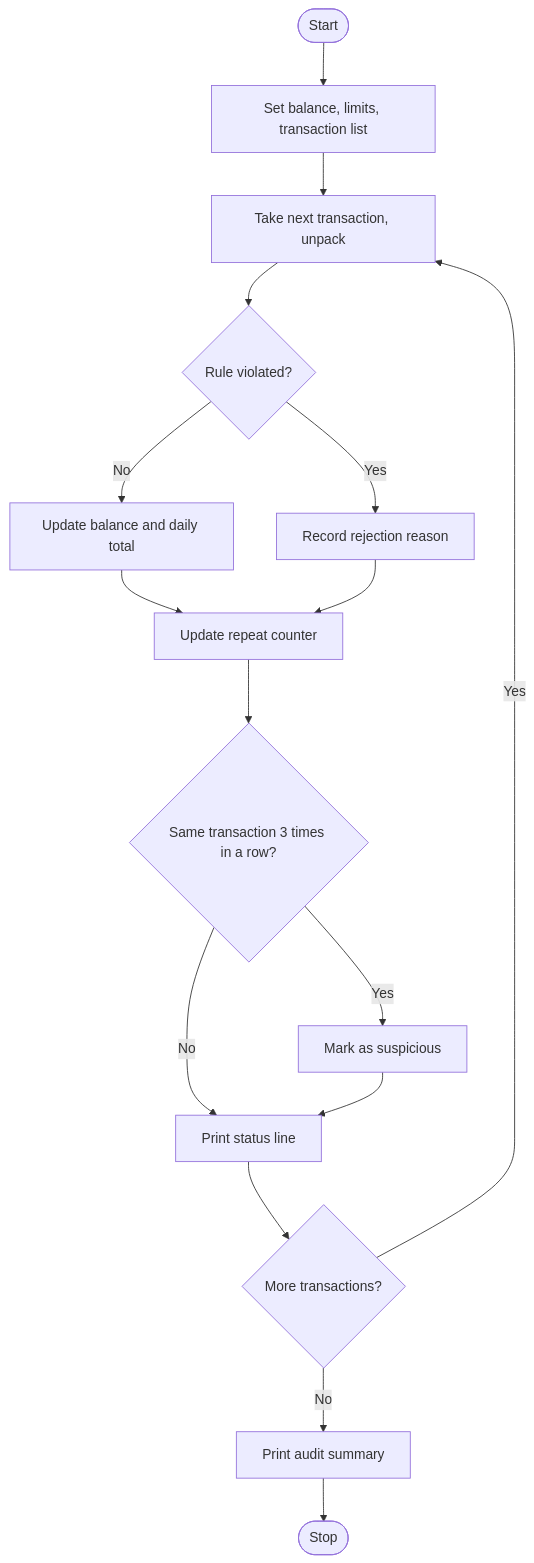
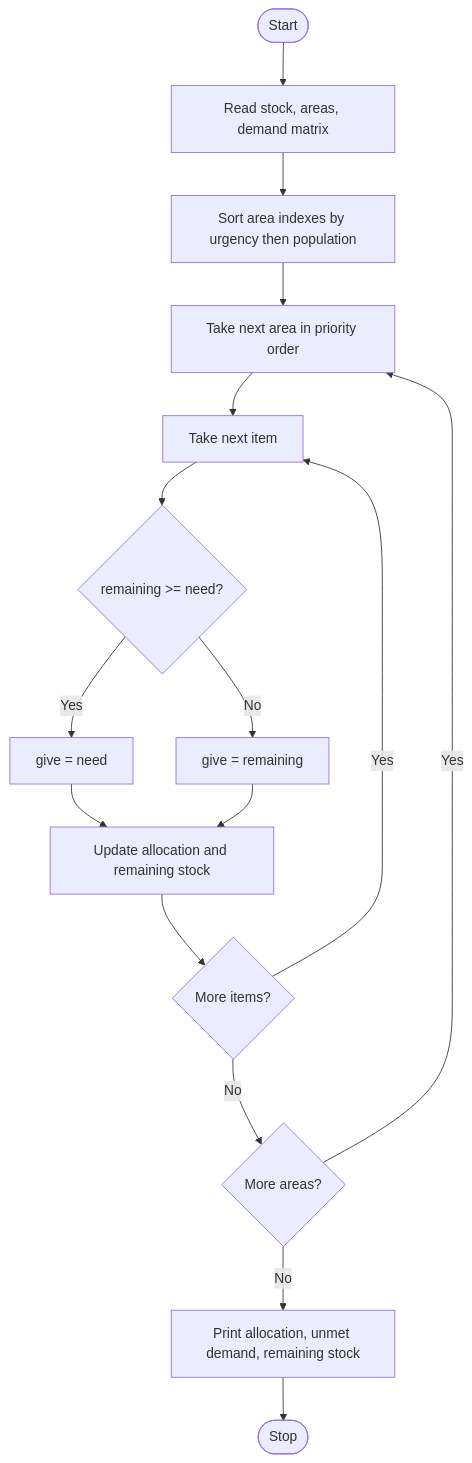
Before and after one commit to shoukatsk28-gif/python-Activity-Based-Learning: the diagram in README.md, drawn with Mermaid. The commit also changed other lines of this file and 2 other files, not shown here.

````diff
--- a/README.md
+++ b/README.md
@@ -57,18 +53,18 @@
 ```mermaid
 flowchart TD
-    A([Start]) --> B[Set balance, limits, transaction list]
-    B --> C[Take next transaction, unpack]
-    C --> D{Rule violated?}
-    D -- No --> E[Update balance and daily total]
-    D -- Yes --> F[Record rejection reason]
-    E --> G[Update repeat counter]
-    F --> G
-    G --> H{Same transaction 3 times in a row?}
-    H -- Yes --> I[Mark as suspicious]
-    H -- No --> J[Print status line]
-    I --> J
-    J --> K{More transactions?}
-    K -- Yes --> C
-    K -- No --> L[Print audit summary]
+    A([Start]) --> B[Read stock, areas, demand matrix]
+    B --> C[Sort area indexes by urgency then population]
+    C --> D[Take next area in priority order]
+    D --> E[Take next item]
+    E --> F{remaining >= need?}
+    F -- Yes --> G[give = need]
+    F -- No --> H[give = remaining]
+    G --> I[Update allocation and remaining stock]
+    H --> I
+    I --> J{More items?}
+    J -- Yes --> E
+    J -- No --> K{More areas?}
+    K -- Yes --> D
+    K -- No --> L[Print allocation, unmet demand, remaining stock]
     L --> M([Stop])
 ```
````
